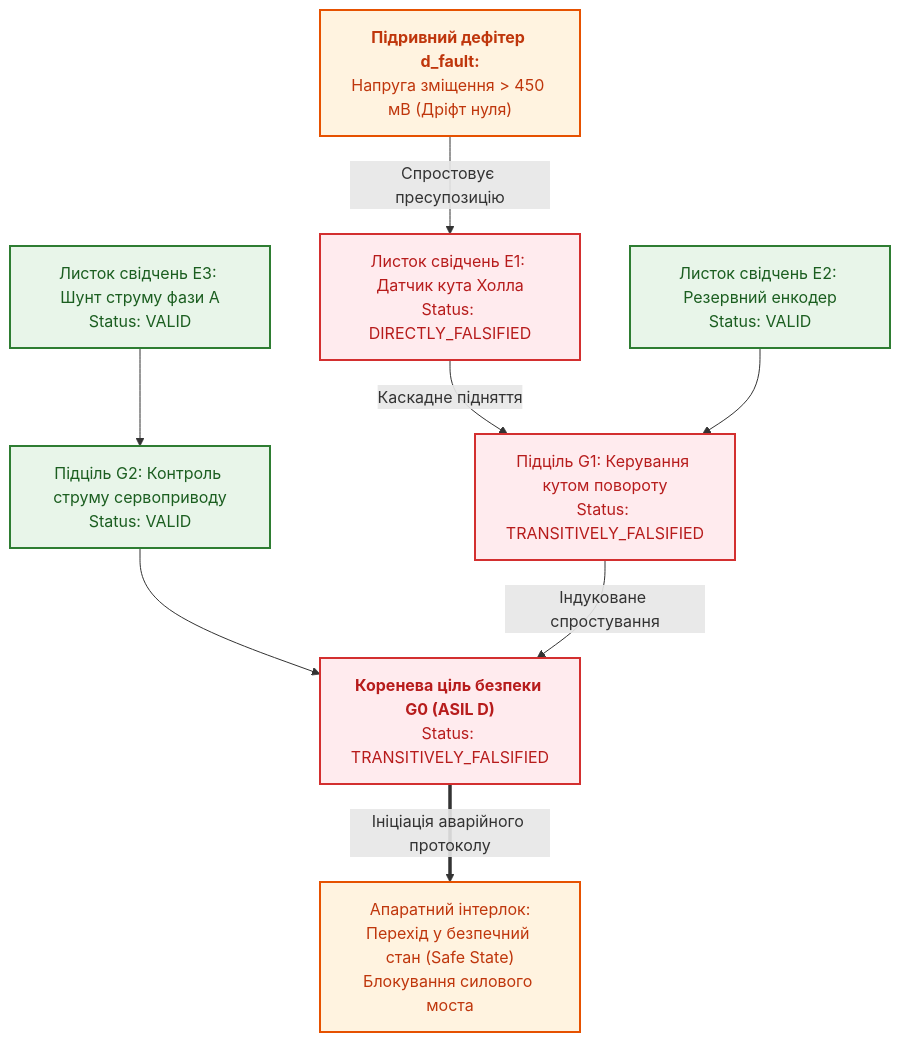
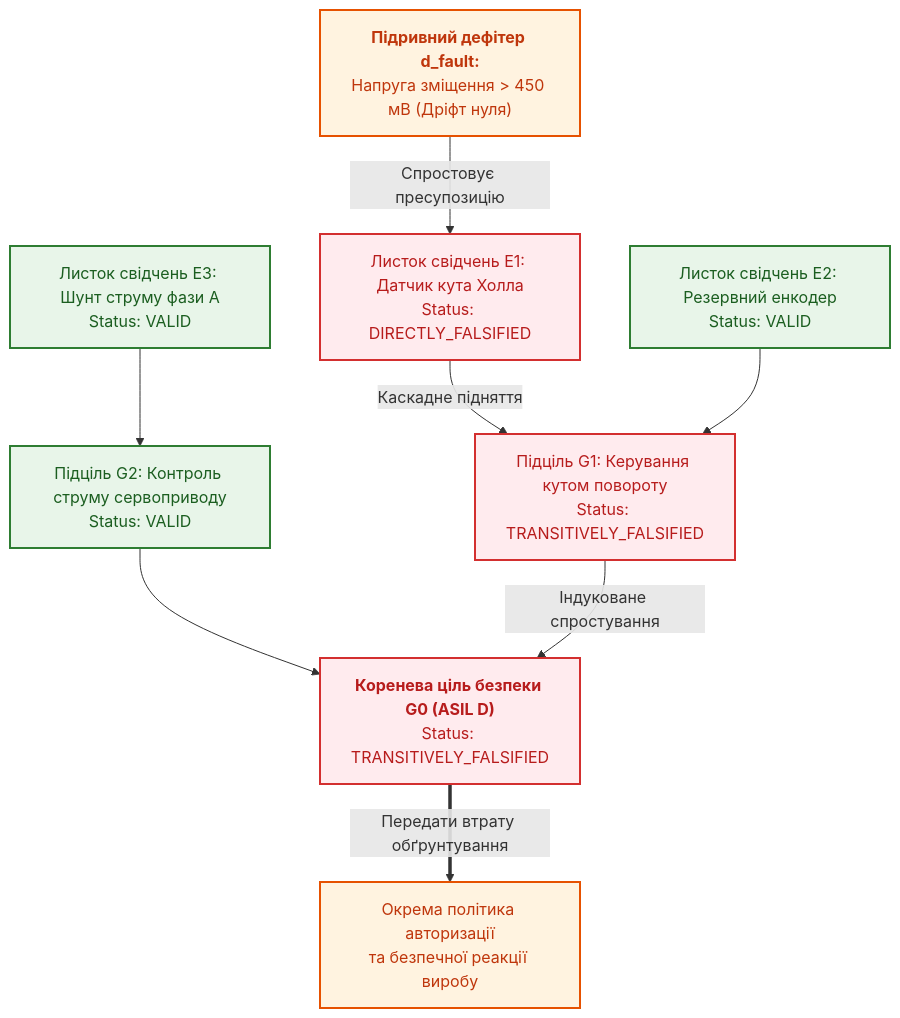
Before and after one commit to nick-fedchik/articles: the sixth of 8 diagrams in ExpertSystem/ch31-syllogistic-reasoning-and-relation-lattices.md, drawn with Mermaid. The commit also changed other lines of this file and 7 other files, not shown here.

````diff
--- a/ExpertSystem/ch31-syllogistic-reasoning-and-relation-lattices.md
+++ b/ExpertSystem/ch31-syllogistic-reasoning-and-relation-lattices.md
@@ -569,33 +710,33 @@
 ```mermaid
 flowchart TD
     accTitle: Каскад транзитивного спростування в дереві цілей безпеки GSN
-    accDescr: Спростування низькорівневого апаратного свідчення викликає миттєвий каскад відмови до кореневої цілі ASIL D.
+    accDescr: У навчальному кон'юнктивному дереві втрата потрібного свідчення змінює статус батьків, але фізичну реакцію визначає окрема політика.
 
     G0["<b>Коренева ціль безпеки G0 (ASIL D)</b><br/>Status: TRANSITIVELY_FALSIFIED"]
     G1["Підціль G1: Керування кутом повороту<br/>Status: TRANSITIVELY_FALSIFIED"]
     G2["Підціль G2: Контроль струму сервоприводу<br/>Status: VALID"]
     
     E1["Листок свідчень E1: Датчик кута Холла<br/>Status: DIRECTLY_FALSIFIED"]
     E2["Листок свідчень E2: Резервний енкодер<br/>Status: VALID"]
     E3["Листок свідчень E3: Шунт струму фази A<br/>Status: VALID"]
     
     DEF["<b>Підривний дефітер d_fault:</b><br/>Напруга зміщення > 450 мВ (Дріфт нуля)"]
 
     DEF -->|"Спростовує пресупозицію"| E1
     E1 -->|"Каскадне підняття"| G1
     G2 --> G0
     G1 -->|"Індуковане спростування"| G0
     
     E2 --> G1
     E3 --> G2
 
-    G0 ==>|"Ініціація аварійного протоколу"| INTERLOCK["Апаратний інтерлок:<br/>Перехід у безпечний стан (Safe State)<br/>Блокування силового моста"]
+    G0 ==>|"Передати втрату обґрунтування"| INTERLOCK["Окрема політика авторизації<br/>та безпечної реакції виробу"]
 
     classDef valid fill:#e8f5e9,stroke:#2e7d32,stroke-width:2px,color:#1b5e20;
     classDef fals fill:#ffebee,stroke:#d32f2f,stroke-width:2px,color:#b71c1c;
     classDef alert fill:#fff3e0,stroke:#e65100,stroke-width:2px,color:#bf360c;
 
     class G2,E2,E3 valid;
     class G0,G1,E1 fals;
     class DEF,INTERLOCK alert;
 ```
````
